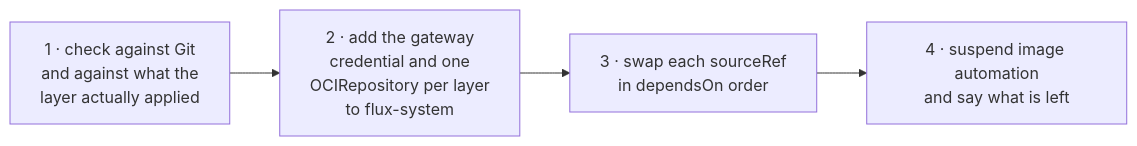
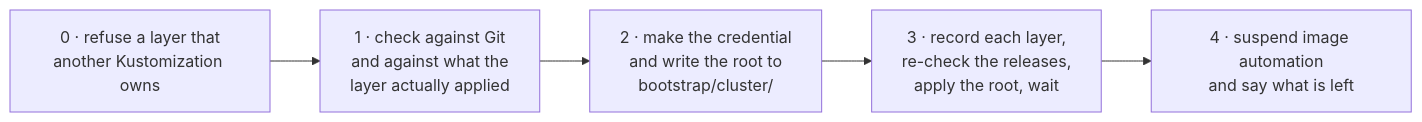
One commit to confighub/examples changed the fifth of 11 diagrams in cub-flux/docs/onboard-your-flux-fleet.md. Above: the diagram before and after it, drawn with Mermaid. The commit also changed other lines of this file and 11 other files, not shown here.

First line of the commit message:
cub-flux: one root per cluster, one Unit per layer (Brian's points 1 and 2)

````diff
--- a/cub-flux/docs/onboard-your-flux-fleet.md
+++ b/cub-flux/docs/onboard-your-flux-fleet.md
@@ -177,6 +203,7 @@
 ```mermaid
 flowchart LR
-  s1["1 · check against Git<br/>and against what the<br/>layer actually applied"] --> s2["2 · add the gateway<br/>credential and one<br/>OCIRepository per layer<br/>to flux-system"]
-  s2 --> s3["3 · swap each sourceRef<br/>in dependsOn order"]
+  s0["0 · refuse a layer that<br/>another Kustomization owns"] --> s1["1 · check against Git<br/>and against what the<br/>layer actually applied"]
+  s1 --> s2["2 · make the credential<br/>and write the root to<br/>bootstrap/cluster/"]
+  s2 --> s3["3 · record each layer,<br/>re-check the releases,<br/>apply the root, wait"]
   s3 --> s4["4 · suspend image automation<br/>and say what is left"]
 ```
````
